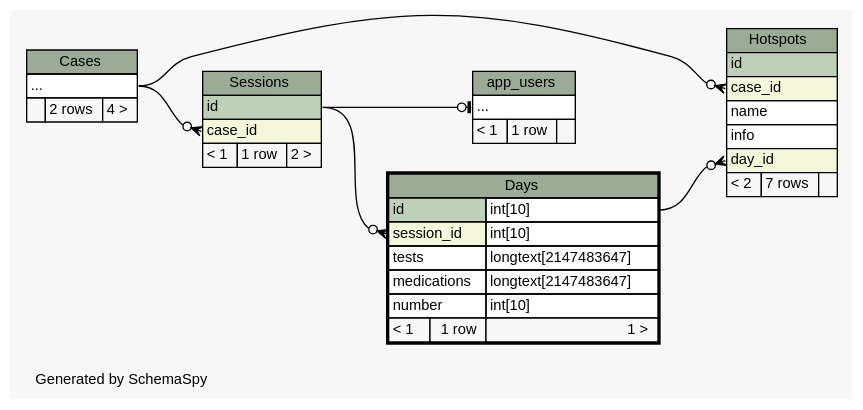
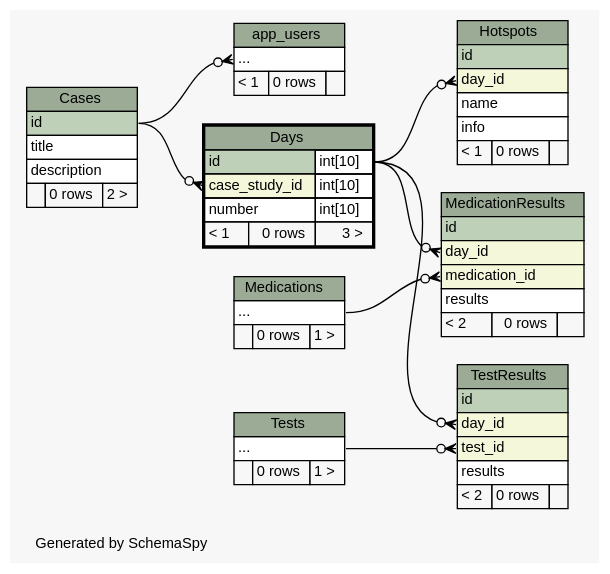
The diagram in web/files/schema/diagrams/Days.2degrees.dot (carrel2/CaseStudies), drawn with Graphviz before and after one commit. The commit also changed 88 other files, not shown here.

```diff
--- a/web/files/schema/diagrams/Days.2degrees.dot
+++ b/web/files/schema/diagrams/Days.2degrees.dot
@@ -1,86 +1,122 @@
-// dot 2.38.0 on Linux 4.4.0-59-generic
+// dot 2.38.0 on Linux 4.4.0-62-generic
 // SchemaSpy rev 590
 digraph "twoDegreesRelationshipsDiagram" {
   graph [
     rankdir="RL"
     bgcolor="#f7f7f7"
     label="\nGenerated by SchemaSpy"
     labeljust="l"
     nodesep="0.18"
     ranksep="0.46"
     fontname="Helvetica"
     fontsize="11"
   ];
   node [
     fontname="Helvetica"
     fontsize="11"
     shape="plaintext"
   ];
   edge [
     arrowsize="0.8"
   ];
-  "app_users":"elipses":w -> "Sessions":"id":e [arrowhead=none dir=back arrowtail=teeodot];
-  "Days":"session_id":w -> "Sessions":"id":e [arrowhead=none dir=back arrowtail=crowodot];
-  "Hotspots":"case_id":w -> "Cases":"elipses":e [arrowhead=none dir=back arrowtail=crowodot];
+  "app_users":"elipses":w -> "Cases":"id":e [arrowhead=none dir=back arrowtail=crowodot];
+  "Days":"case_study_id":w -> "Cases":"id":e [arrowhead=none dir=back arrowtail=crowodot];
   "Hotspots":"day_id":w -> "Days":"id.type":e [arrowhead=none dir=back arrowtail=crowodot];
-  "Sessions":"case_id":w -> "Cases":"elipses":e [arrowhead=none dir=back arrowtail=crowodot];
+  "MedicationResults":"day_id":w -> "Days":"id.type":e [arrowhead=none dir=back arrowtail=crowodot];
+  "MedicationResults":"medication_id":w -> "Medications":"elipses":e [arrowhead=none dir=back arrowtail=crowodot];
+  "TestResults":"day_id":w -> "Days":"id.type":e [arrowhead=none dir=back arrowtail=crowodot];
+  "TestResults":"test_id":w -> "Tests":"elipses":e [arrowhead=none dir=back arrowtail=crowodot];
   "app_users" [
     label=<
     <TABLE BORDER="0" CELLBORDER="1" CELLSPACING="0" BGCOLOR="#ffffff">
       <TR><TD COLSPAN="3" BGCOLOR="#9bab96" ALIGN="CENTER">app_users</TD></TR>
       <TR><TD PORT="elipses" COLSPAN="3" ALIGN="LEFT">...</TD></TR>
-      <TR><TD ALIGN="LEFT" BGCOLOR="#f7f7f7">&lt; 1</TD><TD ALIGN="RIGHT" BGCOLOR="#f7f7f7">1 row</TD><TD ALIGN="RIGHT" BGCOLOR="#f7f7f7">  </TD></TR>
+      <TR><TD ALIGN="LEFT" BGCOLOR="#f7f7f7">&lt; 1</TD><TD ALIGN="RIGHT" BGCOLOR="#f7f7f7">0 rows</TD><TD ALIGN="RIGHT" BGCOLOR="#f7f7f7">  </TD></TR>
     </TABLE>>
     URL="app_users.html"
     tooltip="app_users"
   ];
   "Cases" [
     label=<
     <TABLE BORDER="0" CELLBORDER="1" CELLSPACING="0" BGCOLOR="#ffffff">
       <TR><TD COLSPAN="3" BGCOLOR="#9bab96" ALIGN="CENTER">Cases</TD></TR>
-      <TR><TD PORT="elipses" COLSPAN="3" ALIGN="LEFT">...</TD></TR>
-      <TR><TD ALIGN="LEFT" BGCOLOR="#f7f7f7">  </TD><TD ALIGN="RIGHT" BGCOLOR="#f7f7f7">2 rows</TD><TD ALIGN="RIGHT" BGCOLOR="#f7f7f7">4 &gt;</TD></TR>
+      <TR><TD PORT="id" COLSPAN="3" BGCOLOR="#bed1b8" ALIGN="LEFT">id</TD></TR>
+      <TR><TD PORT="title" COLSPAN="3" ALIGN="LEFT">title</TD></TR>
+      <TR><TD PORT="description" COLSPAN="3" ALIGN="LEFT">description</TD></TR>
+      <TR><TD ALIGN="LEFT" BGCOLOR="#f7f7f7">  </TD><TD ALIGN="RIGHT" BGCOLOR="#f7f7f7">0 rows</TD><TD ALIGN="RIGHT" BGCOLOR="#f7f7f7">2 &gt;</TD></TR>
     </TABLE>>
     URL="Cases.html"
     tooltip="Cases"
   ];
   "Days" [
     label=<
     <TABLE BORDER="2" CELLBORDER="1" CELLSPACING="0" BGCOLOR="#ffffff">
       <TR><TD COLSPAN="3" BGCOLOR="#9bab96" ALIGN="CENTER">Days</TD></TR>
       <TR><TD PORT="id" COLSPAN="2" BGCOLOR="#bed1b8" ALIGN="LEFT">id</TD><TD PORT="id.type" ALIGN="LEFT">int[10]</TD></TR>
-      <TR><TD PORT="session_id" COLSPAN="2" BGCOLOR="#f4f7da" ALIGN="LEFT">session_id</TD><TD PORT="session_id.type" ALIGN="LEFT">int[10]</TD></TR>
-      <TR><TD PORT="tests" COLSPAN="2" ALIGN="LEFT">tests</TD><TD PORT="tests.type" ALIGN="LEFT">longtext[2147483647]</TD></TR>
-      <TR><TD PORT="medications" COLSPAN="2" ALIGN="LEFT">medications</TD><TD PORT="medications.type" ALIGN="LEFT">longtext[2147483647]</TD></TR>
+      <TR><TD PORT="case_study_id" COLSPAN="2" BGCOLOR="#f4f7da" ALIGN="LEFT">case_study_id</TD><TD PORT="case_study_id.type" ALIGN="LEFT">int[10]</TD></TR>
       <TR><TD PORT="number" COLSPAN="2" ALIGN="LEFT">number</TD><TD PORT="number.type" ALIGN="LEFT">int[10]</TD></TR>
-      <TR><TD ALIGN="LEFT" BGCOLOR="#f7f7f7">&lt; 1</TD><TD ALIGN="RIGHT" BGCOLOR="#f7f7f7">1 row</TD><TD ALIGN="RIGHT" BGCOLOR="#f7f7f7">1 &gt;</TD></TR>
+      <TR><TD ALIGN="LEFT" BGCOLOR="#f7f7f7">&lt; 1</TD><TD ALIGN="RIGHT" BGCOLOR="#f7f7f7">0 rows</TD><TD ALIGN="RIGHT" BGCOLOR="#f7f7f7">3 &gt;</TD></TR>
     </TABLE>>
     URL="Days.html"
     tooltip="Days"
   ];
   "Hotspots" [
     label=<
     <TABLE BORDER="0" CELLBORDER="1" CELLSPACING="0" BGCOLOR="#ffffff">
       <TR><TD COLSPAN="3" BGCOLOR="#9bab96" ALIGN="CENTER">Hotspots</TD></TR>
       <TR><TD PORT="id" COLSPAN="3" BGCOLOR="#bed1b8" ALIGN="LEFT">id</TD></TR>
-      <TR><TD PORT="case_id" COLSPAN="3" BGCOLOR="#f4f7da" ALIGN="LEFT">case_id</TD></TR>
+      <TR><TD PORT="day_id" COLSPAN="3" BGCOLOR="#f4f7da" ALIGN="LEFT">day_id</TD></TR>
       <TR><TD PORT="name" COLSPAN="3" ALIGN="LEFT">name</TD></TR>
       <TR><TD PORT="info" COLSPAN="3" ALIGN="LEFT">info</TD></TR>
-      <TR><TD PORT="day_id" COLSPAN="3" BGCOLOR="#f4f7da" ALIGN="LEFT">day_id</TD></TR>
-      <TR><TD ALIGN="LEFT" BGCOLOR="#f7f7f7">&lt; 2</TD><TD ALIGN="RIGHT" BGCOLOR="#f7f7f7">7 rows</TD><TD ALIGN="RIGHT" BGCOLOR="#f7f7f7">  </TD></TR>
+      <TR><TD ALIGN="LEFT" BGCOLOR="#f7f7f7">&lt; 1</TD><TD ALIGN="RIGHT" BGCOLOR="#f7f7f7">0 rows</TD><TD ALIGN="RIGHT" BGCOLOR="#f7f7f7">  </TD></TR>
     </TABLE>>
     URL="Hotspots.html"
     tooltip="Hotspots"
   ];
-  "Sessions" [
+  "MedicationResults" [
     label=<
     <TABLE BORDER="0" CELLBORDER="1" CELLSPACING="0" BGCOLOR="#ffffff">
-      <TR><TD COLSPAN="3" BGCOLOR="#9bab96" ALIGN="CENTER">Sessions</TD></TR>
+      <TR><TD COLSPAN="3" BGCOLOR="#9bab96" ALIGN="CENTER">MedicationResults</TD></TR>
       <TR><TD PORT="id" COLSPAN="3" BGCOLOR="#bed1b8" ALIGN="LEFT">id</TD></TR>
-      <TR><TD PORT="case_id" COLSPAN="3" BGCOLOR="#f4f7da" ALIGN="LEFT">case_id</TD></TR>
-      <TR><TD ALIGN="LEFT" BGCOLOR="#f7f7f7">&lt; 1</TD><TD ALIGN="RIGHT" BGCOLOR="#f7f7f7">1 row</TD><TD ALIGN="RIGHT" BGCOLOR="#f7f7f7">2 &gt;</TD></TR>
+      <TR><TD PORT="day_id" COLSPAN="3" BGCOLOR="#f4f7da" ALIGN="LEFT">day_id</TD></TR>
+      <TR><TD PORT="medication_id" COLSPAN="3" BGCOLOR="#f4f7da" ALIGN="LEFT">medication_id</TD></TR>
+      <TR><TD PORT="results" COLSPAN="3" ALIGN="LEFT">results</TD></TR>
+      <TR><TD ALIGN="LEFT" BGCOLOR="#f7f7f7">&lt; 2</TD><TD ALIGN="RIGHT" BGCOLOR="#f7f7f7">0 rows</TD><TD ALIGN="RIGHT" BGCOLOR="#f7f7f7">  </TD></TR>
     </TABLE>>
-    URL="Sessions.html"
-    tooltip="Sessions"
+    URL="MedicationResults.html"
+    tooltip="MedicationResults"
+  ];
+  "Medications" [
+    label=<
+    <TABLE BORDER="0" CELLBORDER="1" CELLSPACING="0" BGCOLOR="#ffffff">
+      <TR><TD COLSPAN="3" BGCOLOR="#9bab96" ALIGN="CENTER">Medications</TD></TR>
+      <TR><TD PORT="elipses" COLSPAN="3" ALIGN="LEFT">...</TD></TR>
+      <TR><TD ALIGN="LEFT" BGCOLOR="#f7f7f7">  </TD><TD ALIGN="RIGHT" BGCOLOR="#f7f7f7">0 rows</TD><TD ALIGN="RIGHT" BGCOLOR="#f7f7f7">1 &gt;</TD></TR>
+    </TABLE>>
+    URL="Medications.html"
+    tooltip="Medications"
+  ];
+  "TestResults" [
+    label=<
+    <TABLE BORDER="0" CELLBORDER="1" CELLSPACING="0" BGCOLOR="#ffffff">
+      <TR><TD COLSPAN="3" BGCOLOR="#9bab96" ALIGN="CENTER">TestResults</TD></TR>
+      <TR><TD PORT="id" COLSPAN="3" BGCOLOR="#bed1b8" ALIGN="LEFT">id</TD></TR>
+      <TR><TD PORT="day_id" COLSPAN="3" BGCOLOR="#f4f7da" ALIGN="LEFT">day_id</TD></TR>
+      <TR><TD PORT="test_id" COLSPAN="3" BGCOLOR="#f4f7da" ALIGN="LEFT">test_id</TD></TR>
+      <TR><TD PORT="results" COLSPAN="3" ALIGN="LEFT">results</TD></TR>
+      <TR><TD ALIGN="LEFT" BGCOLOR="#f7f7f7">&lt; 2</TD><TD ALIGN="RIGHT" BGCOLOR="#f7f7f7">0 rows</TD><TD ALIGN="RIGHT" BGCOLOR="#f7f7f7">  </TD></TR>
+    </TABLE>>
+    URL="TestResults.html"
+    tooltip="TestResults"
+  ];
+  "Tests" [
+    label=<
+    <TABLE BORDER="0" CELLBORDER="1" CELLSPACING="0" BGCOLOR="#ffffff">
+      <TR><TD COLSPAN="3" BGCOLOR="#9bab96" ALIGN="CENTER">Tests</TD></TR>
+      <TR><TD PORT="elipses" COLSPAN="3" ALIGN="LEFT">...</TD></TR>
+      <TR><TD ALIGN="LEFT" BGCOLOR="#f7f7f7">  </TD><TD ALIGN="RIGHT" BGCOLOR="#f7f7f7">0 rows</TD><TD ALIGN="RIGHT" BGCOLOR="#f7f7f7">1 &gt;</TD></TR>
+    </TABLE>>
+    URL="Tests.html"
+    tooltip="Tests"
   ];
 }
```
